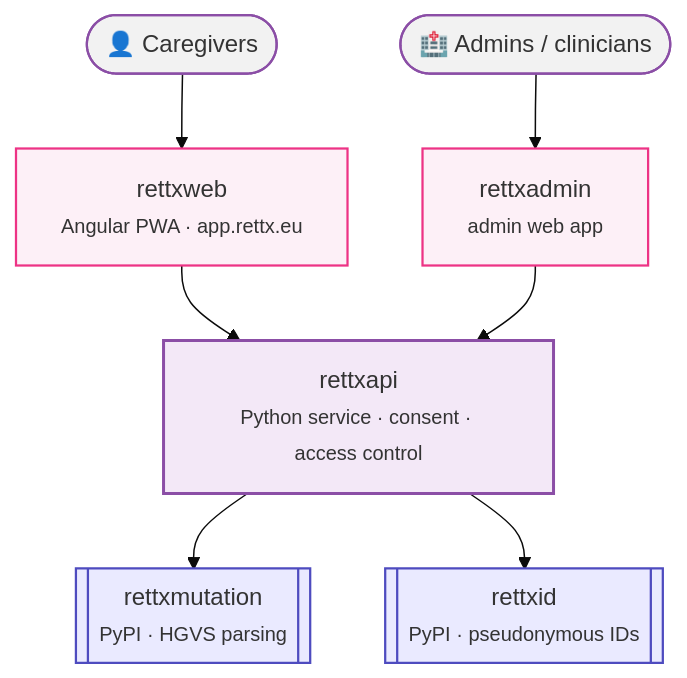
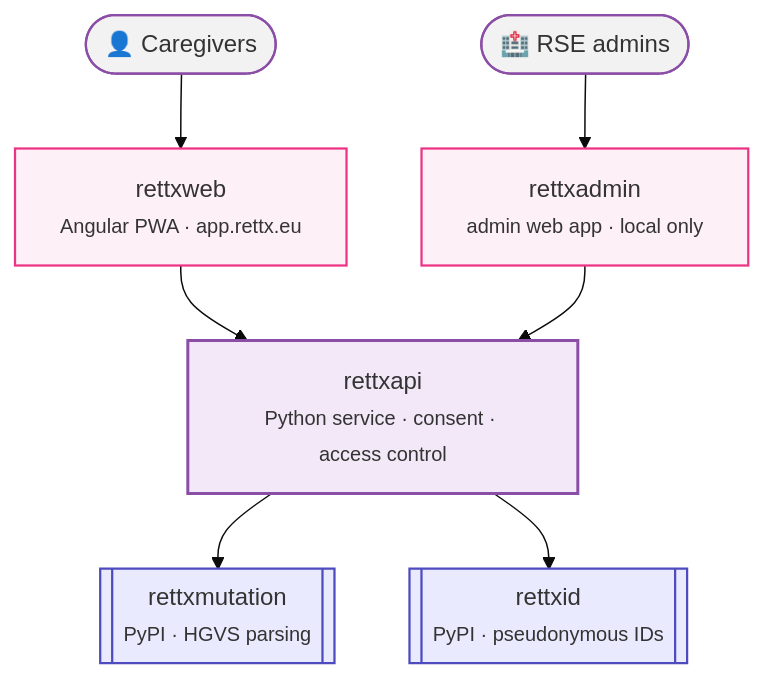
Before and after one commit to rett-europe/rettx: the diagram in site/src/content/docs/architecture/overview.md, drawn with Mermaid (base theme). The commit also changed other lines of this file and 26 other files, not shown here.

````diff
--- a/site/src/content/docs/architecture/overview.md
+++ b/site/src/content/docs/architecture/overview.md
@@ -16,25 +18,25 @@
 ```mermaid
 flowchart TD
     Caregivers(["👤 Caregivers"]):::actor
-    Admins(["🏥 Admins / clinicians"]):::actor
+    Admins(["🏥 RSE admins"]):::actor
 
     rettxweb["rettxweb<br/><small>Angular PWA · app.rettx.eu</small>"]:::surface
-    rettxadmin["rettxadmin<br/><small>admin web app</small>"]:::surface
+    rettxadmin["rettxadmin<br/><small>admin web app · local only</small>"]:::surface
 
     rettxapi["rettxapi<br/><small>Python service · consent · access control</small>"]:::backend
 
     rettxmutation[["rettxmutation<br/><small>PyPI · HGVS parsing</small>"]]:::lib
     rettxid[["rettxid<br/><small>PyPI · pseudonymous IDs</small>"]]:::lib
 
     Caregivers --> rettxweb
     Admins --> rettxadmin
     rettxweb --> rettxapi
     rettxadmin --> rettxapi
     rettxapi --> rettxmutation
     rettxapi --> rettxid
 
     classDef actor fill:#f2f2f2,stroke:#8b4ea6,stroke-width:1.5px,color:#333
     classDef surface fill:#fdf0f7,stroke:#ed3385,stroke-width:1.5px,color:#333
     classDef backend fill:#f3e8f7,stroke:#8b4ea6,stroke-width:2px,color:#333
     classDef lib fill:#eaeaff,stroke:#4e4bbf,stroke-width:1.5px,color:#333
 ```
````
